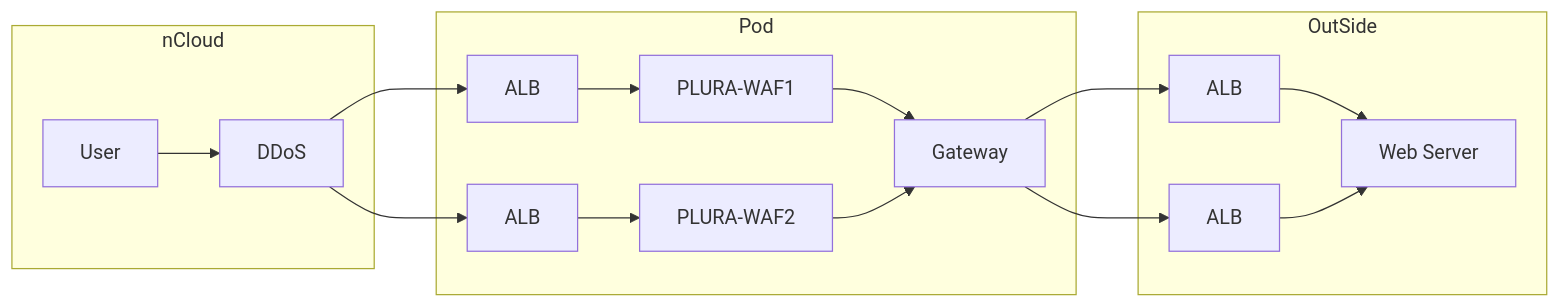
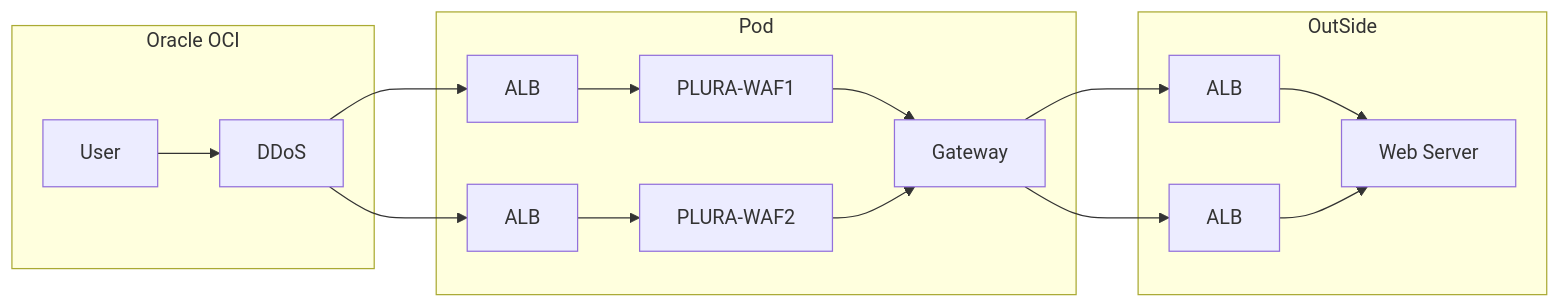
Before and after one commit to qubitsec/plura: the third of 3 diagrams in xdr/diagram/README.md, drawn with Mermaid.

````diff
--- a/xdr/diagram/README.md
+++ b/xdr/diagram/README.md
@@ -54,24 +54,24 @@
 ```mermaid
 flowchart LR
-    subgraph nCloud
+    subgraph Oracle OCI
 		User --> DDoS
     end
 
     subgraph Pod
 		DDoS --> ALB1[ALB]
 		DDoS --> ALB2[ALB]
 
         ALB1 --> PLURA-WAF1
         ALB2 --> PLURA-WAF2
 
 	    PLURA-WAF1 --> Gateway[Gateway]
 		PLURA-WAF2 --> Gateway[Gateway]
     end
 
     subgraph OutSide
 		Gateway --> ALB3[ALB]
 		Gateway --> ALB4[ALB]
 		ALB3 --> WebServer[Web Server]
 		ALB4 --> WebServer[Web Server]
     end 
 ```
````
